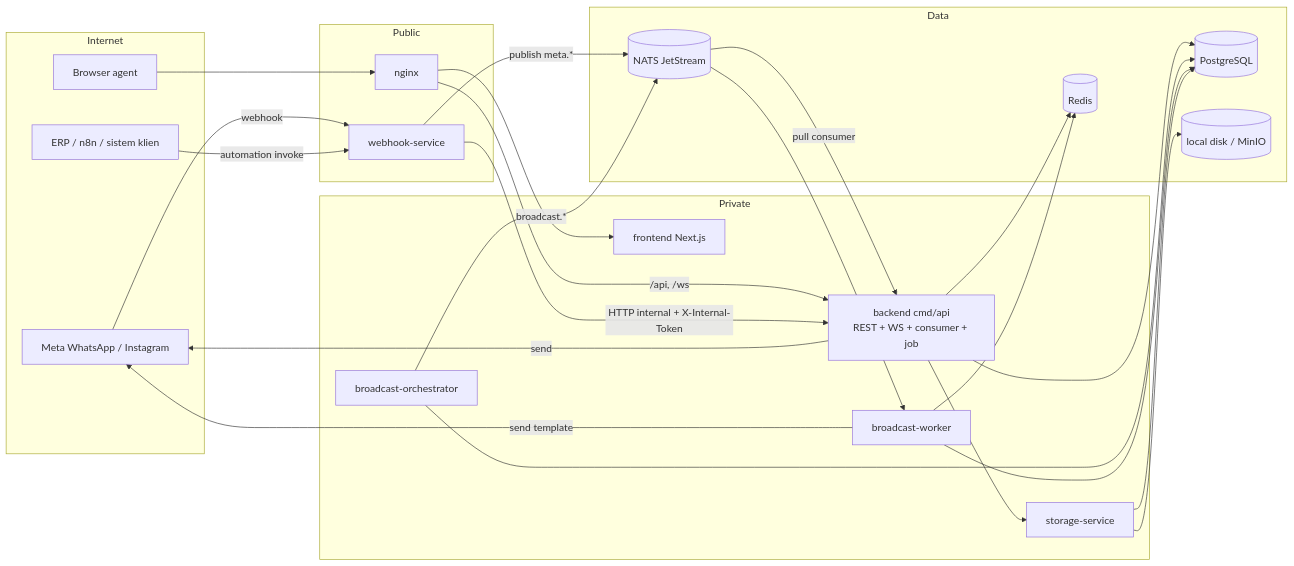
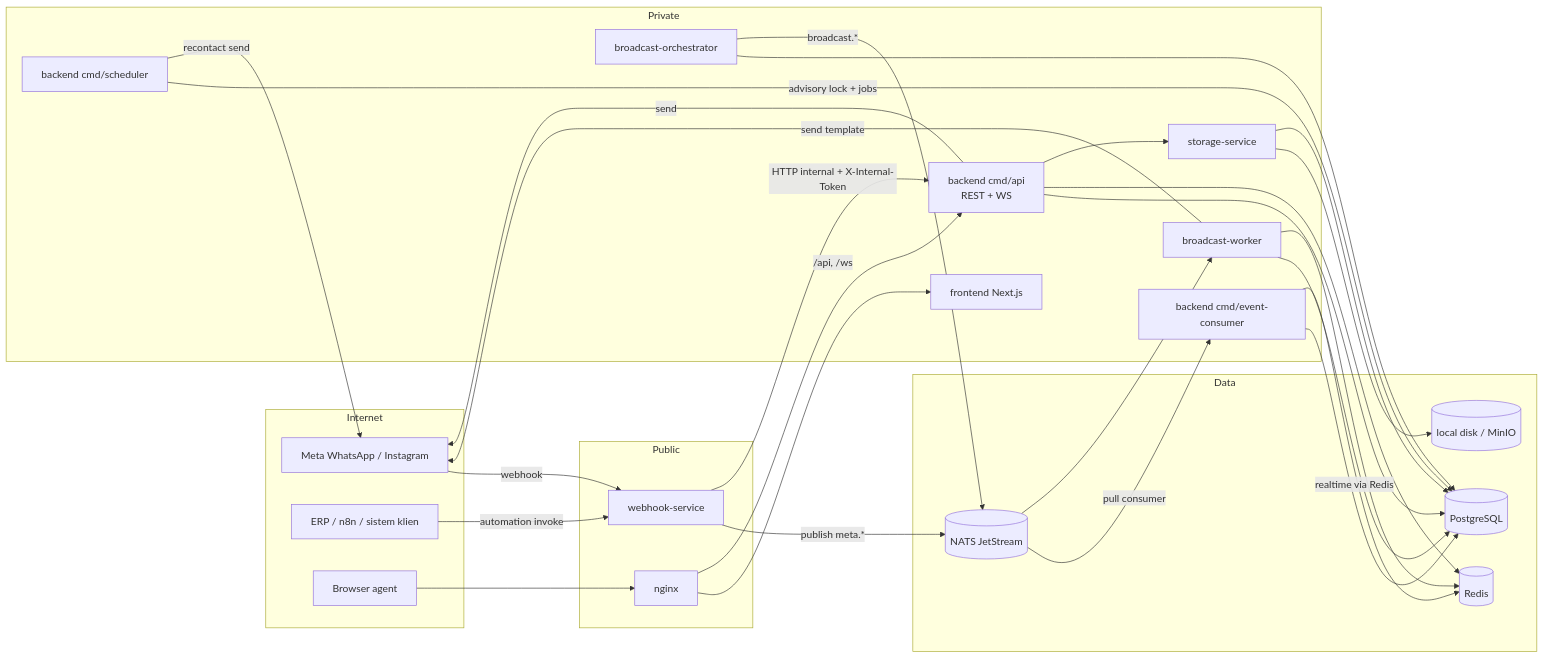
Before and after one commit to yoshsoftdev/omni-chan: the first of 5 diagrams in docs/architecture/data-flow.md, drawn with Mermaid. The commit also changed other lines of this file and 9 other files, not shown here.

First line of the commit message:
ops: deploy backend event-consumer and scheduler as their own processes (6.3)

````diff
--- a/docs/architecture/data-flow.md
+++ b/docs/architecture/data-flow.md
@@ -10,44 +10,50 @@
 ```mermaid
 flowchart LR
   subgraph Internet
     Meta[Meta WhatsApp / Instagram]
     Ext[ERP / n8n / sistem klien]
     Browser[Browser agent]
   end
   subgraph Public
     NGX[nginx]
     WH[webhook-service]
   end
   subgraph Private
     FE[frontend Next.js]
-    API[backend cmd/api<br/>REST + WS + consumer + job]
+    API[backend cmd/api<br/>REST + WS]
+    CON[backend cmd/event-consumer]
+    SCH[backend cmd/scheduler]
     ORC[broadcast-orchestrator]
     WRK[broadcast-worker]
     ST[storage-service]
   end
   subgraph Data
     PG[(PostgreSQL)]
     RD[(Redis)]
     NATS[(NATS JetStream)]
     OBJ[(local disk / MinIO)]
   end
 
   Browser --> NGX --> FE
   NGX -->|/api, /ws| API
   Meta -->|webhook| WH
   Ext -->|automation invoke| WH
   WH -->|publish meta.*| NATS
   WH -->|HTTP internal + X-Internal-Token| API
-  NATS -->|pull consumer| API
+  NATS -->|pull consumer| CON
+  CON --> PG
+  CON -->|realtime via Redis| RD
+  SCH -->|advisory lock + jobs| PG
+  SCH -->|recontact send| Meta
   API --> PG
   API --> RD
   API -->|send| Meta
   ORC --> PG
   ORC -->|broadcast.*| NATS
   NATS --> WRK
   WRK -->|send template| Meta
   WRK --> PG
   WRK --> RD
   API --> ST --> OBJ
   ST --> PG
 ```
````
